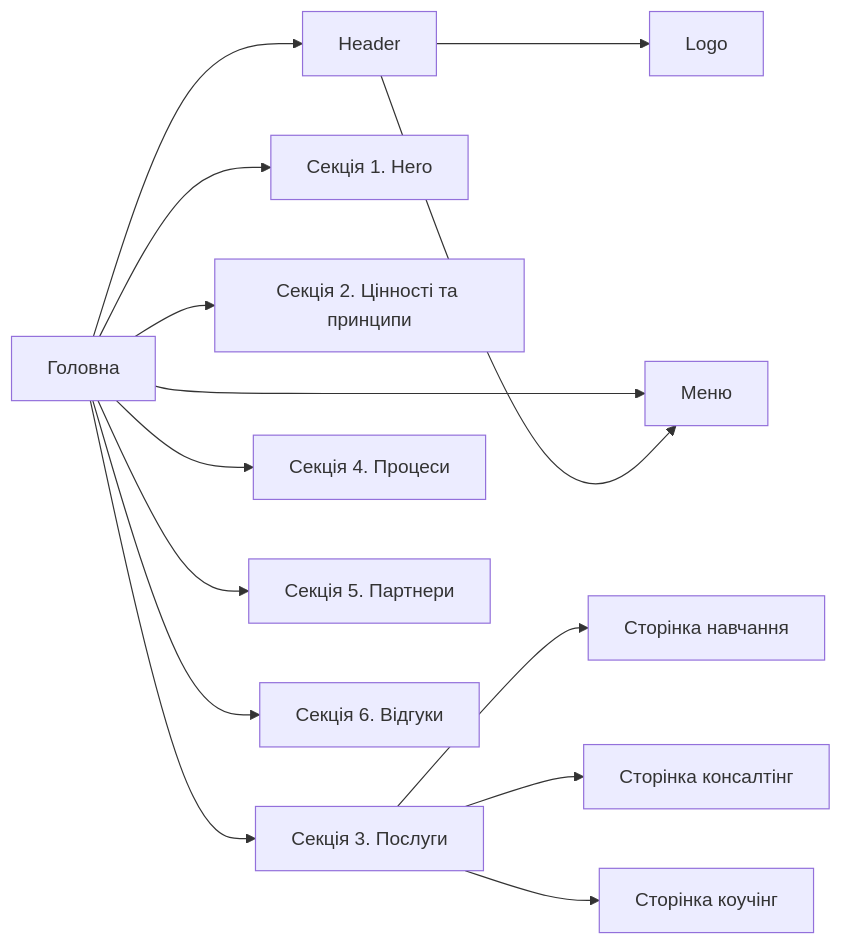
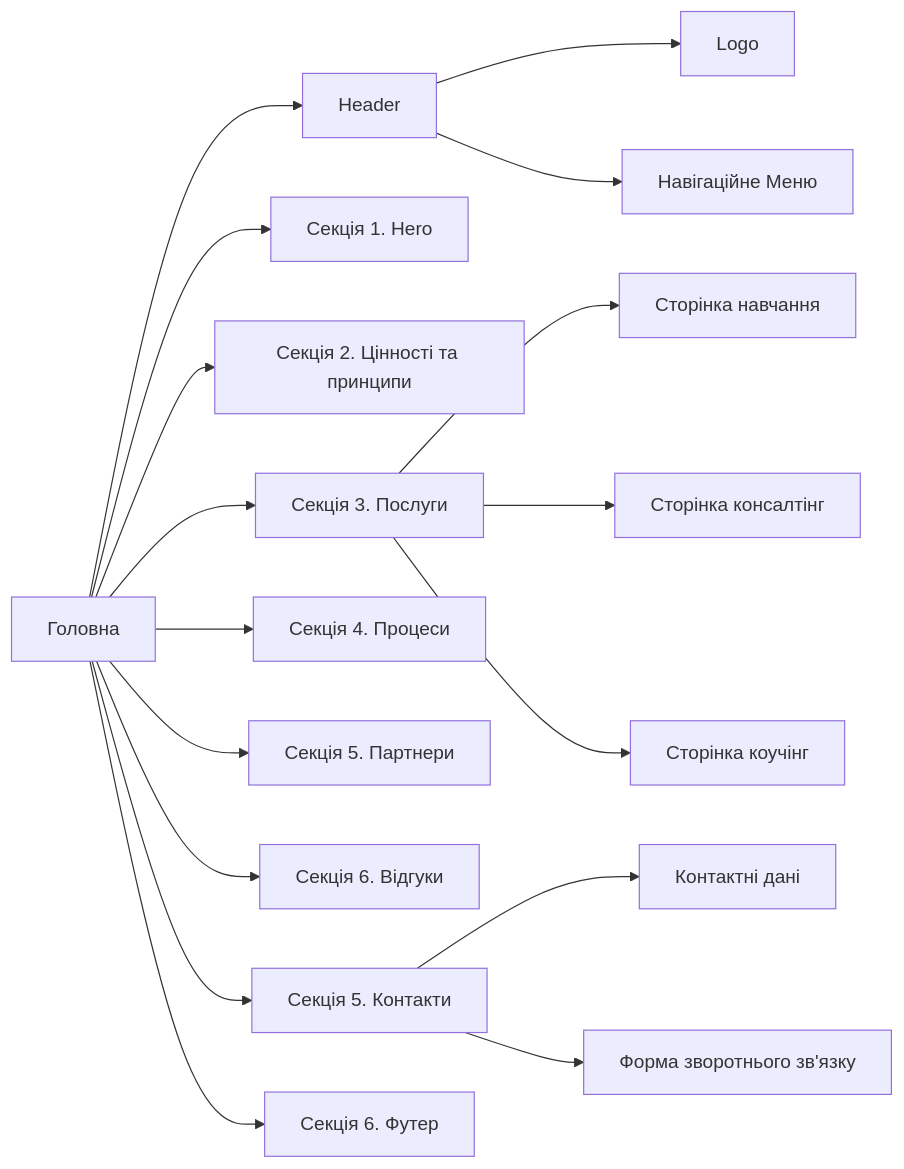
Before and after one commit to sergio-nezhigay/carptravel: the diagram in README.md, drawn with Mermaid.

````diff
--- a/README.md
+++ b/README.md
@@ -57,18 +57,21 @@
 ```mermaid
 graph LR
   A[Головна] --> B[Header]
   A --> C[Секція 1. Hero]
   A --> D[Секція 2. Цінності та принципи]
   A --> E[Секція 3. Послуги]
   A --> F[Секція 4. Процеси]
   A --> G[Секція 5. Партнери]
   A --> H[Секція 6. Відгуки]
-  A --> I[Секція 5. Партнери]
+  A --> I[Секція 5. Контакти]
+  A --> L[Секція 6. Футер]
   B --> J[Logo]
-  B --> I[Меню]
+  B --> K[Навігаційне Меню]
   E --> N[Сторінка навчання]
   E --> O[Сторінка консалтінг]
-	E --> P[Сторінка коучінг]
+  E --> P[Сторінка коучінг]
+  I --> R[Контактні дані]
+  I --> S[Форма зворотнього зв'язку]
 
 
 ```
````
